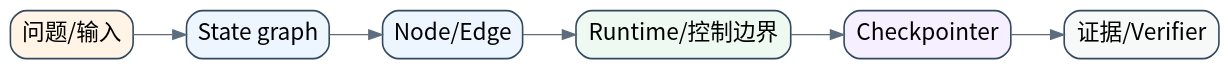
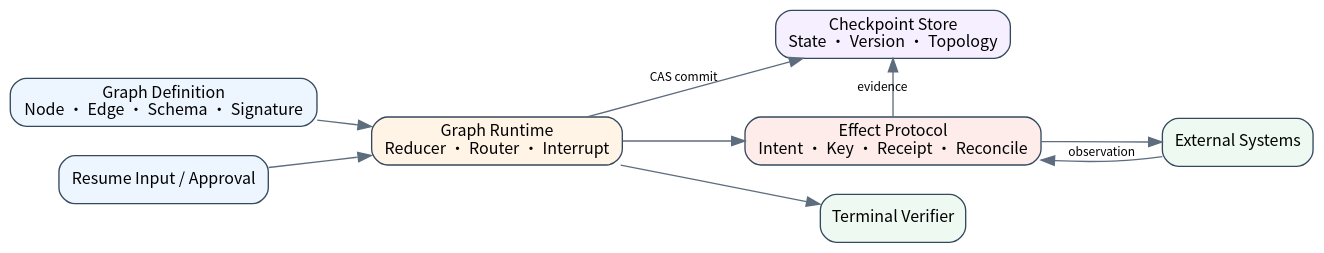
One commit to william-lbn/aiagentsystem changed the diagram in book/assets/diagrams/26-workflow-graph-architecture.dot. Above: the diagram before and after it, drawn with Graphviz. The commit also changed 227 other files, not shown here.

```diff
--- a/book/assets/diagrams/26-workflow-graph-architecture.dot
+++ b/book/assets/diagrams/26-workflow-graph-architecture.dot
@@ -1,16 +1,20 @@
 digraph G {
-graph [rankdir=LR,bgcolor="transparent",pad="0.15",nodesep="0.4",ranksep="0.55"];
-node [shape=box,style="rounded,filled",fontname="Noto Sans CJK SC",fontsize=17,color="#34495e",penwidth=1.2];
-edge [fontname="Noto Sans CJK SC",fontsize=11,color="#5d6d7e"];
-n0 [label="问题/输入",fillcolor="#fff4e6"];
-n1 [label="State graph",fillcolor="#edf5ff"];
-n2 [label="Node/Edge",fillcolor="#edf5ff"];
-n3 [label="Runtime/控制边界",fillcolor="#eef9f1"];
-n4 [label="Checkpointer",fillcolor="#f6efff"];
-n5 [label="证据/Verifier",fillcolor="#f7f9f9"];
-n0->n1;
-n1->n2;
-n2->n3;
-n3->n4;
-n4->n5;
+graph [rankdir=LR,bgcolor="transparent",pad="0.18",nodesep="0.30",ranksep="0.55"];
+node [shape=box,style="rounded,filled",fontname="Noto Sans CJK SC",fontsize=12,color="#34495e"];
+edge [fontname="Noto Sans CJK SC",fontsize=9,color="#5d6d7e"];
+definition [label="Graph Definition\nNode · Edge · Schema · Signature",fillcolor="#edf5ff"];
+runtime [label="Graph Runtime\nReducer · Router · Interrupt",fillcolor="#fff4e6"];
+checkpoint [label="Checkpoint Store\nState · Version · Topology",fillcolor="#f6efff"];
+effect [label="Effect Protocol\nIntent · Key · Receipt · Reconcile",fillcolor="#fdecea"];
+external [label="External Systems",fillcolor="#eef9f1"];
+resume [label="Resume Input / Approval",fillcolor="#edf5ff"];
+verify [label="Terminal Verifier",fillcolor="#eef9f1"];
+definition->runtime;
+runtime->checkpoint [label="CAS commit"];
+runtime->effect;
+effect->external;
+external->effect [label="observation"];
+effect->checkpoint [label="evidence",constraint=false];
+resume->runtime;
+runtime->verify;
 }
```
